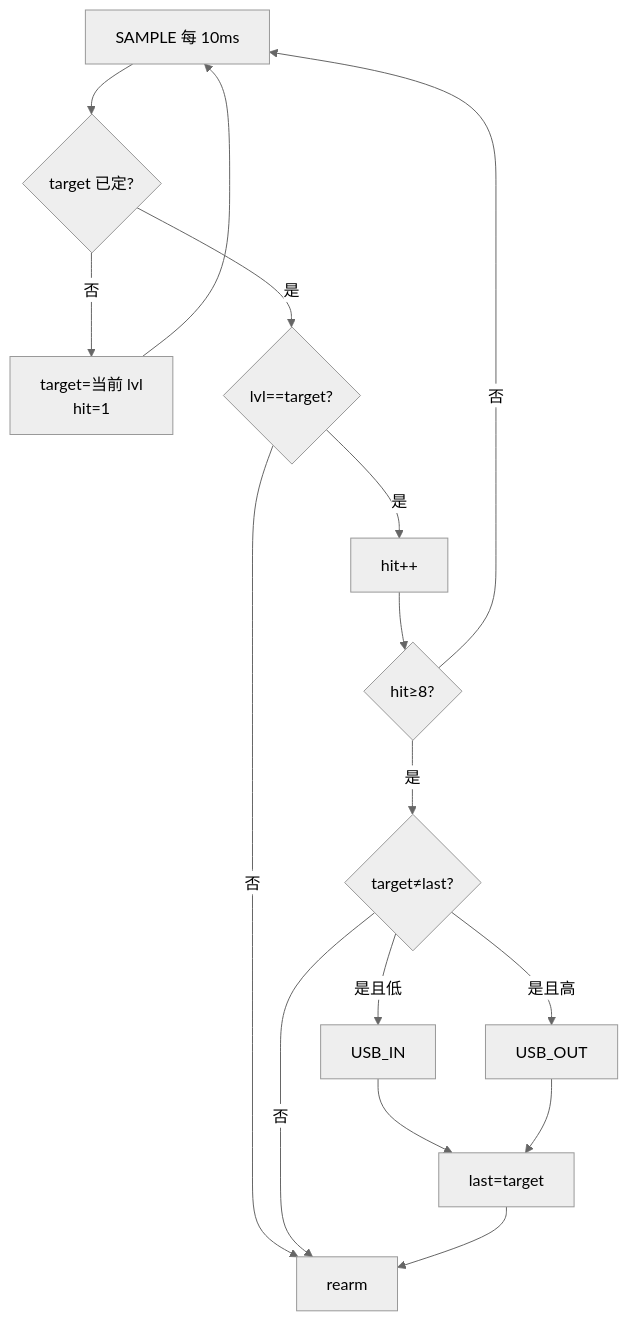
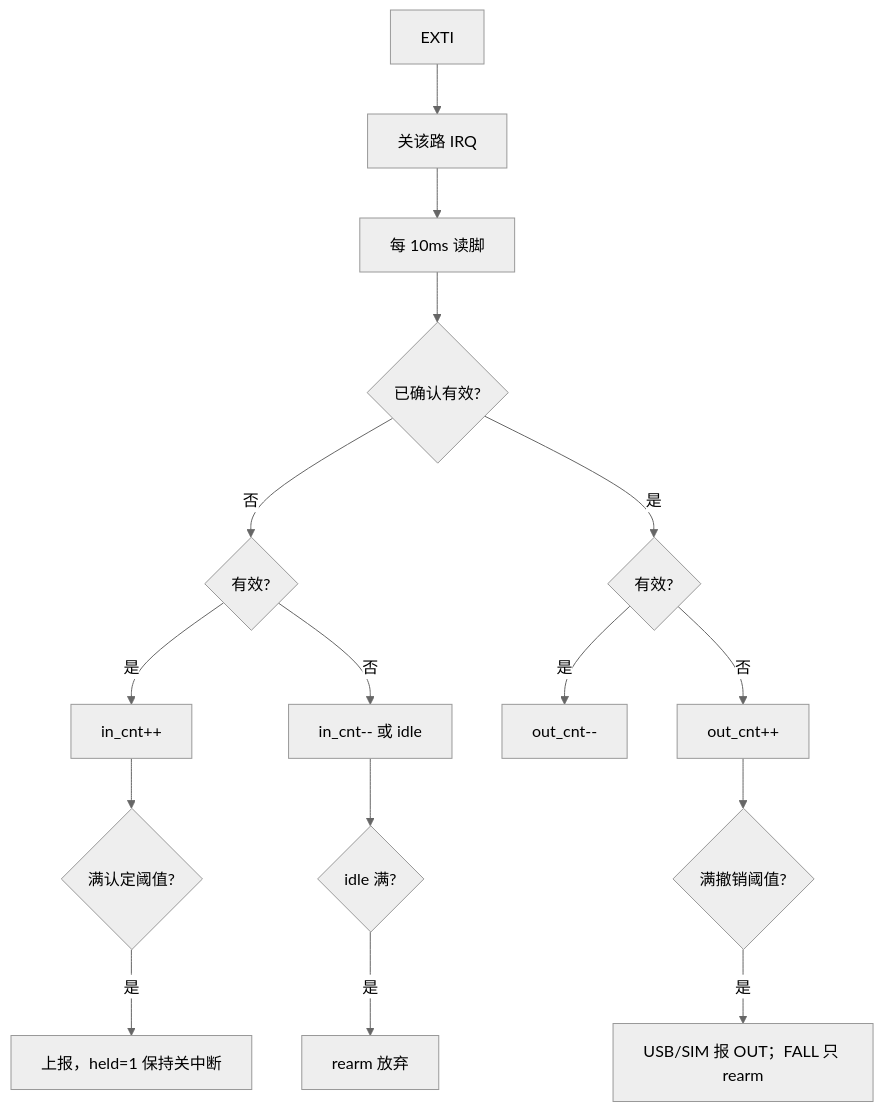
One commit to fenglong2018/MB-A01-PRO changed the first of 2 diagrams in BSP/key/flow.md. Above: the diagram before and after it, drawn with Mermaid (neutral theme). The commit also changed other lines of this file and 86 other files, not shown here.

````diff
--- a/BSP/key/flow.md
+++ b/BSP/key/flow.md
@@ -169,18 +46,18 @@
 ```mermaid
 flowchart TD
-  S0[SAMPLE 每 10ms] --> A{target 已定?}
-  A -->|否| B[target=当前 lvl<br/>hit=1]
-  B --> S0
-  A -->|是| C{lvl==target?}
-  C -->|否| R[rearm]
-  C -->|是| D[hit++]
-  D --> E{hit≥8?}
-  E -->|否| S0
-  E -->|是| F{target≠last?}
-  F -->|是且低| G[USB_IN]
-  F -->|是且高| H[USB_OUT]
-  F -->|否| R
-  G --> I[last=target]
-  H --> I
-  I --> R
+  E[EXTI] --> D[关该路 IRQ]
+  D --> P[每 10ms 读脚]
+  P --> H{已确认有效?}
+  H -->|否| I{有效?}
+  I -->|是| A[in_cnt++]
+  A --> C{满认定阈值?}
+  C -->|是| IN[上报，held=1 保持关中断]
+  I -->|否| M[in_cnt-- 或 idle]
+  M --> G{idle 满?}
+  G -->|是| R[rearm 放弃]
+  H -->|是| U{有效?}
+  U -->|是| S[out_cnt--]
+  U -->|否| O[out_cnt++]
+  O --> X{满撤销阈值?}
+  X -->|是| OUT[USB/SIM 报 OUT；FALL 只 rearm]
 ```
````
